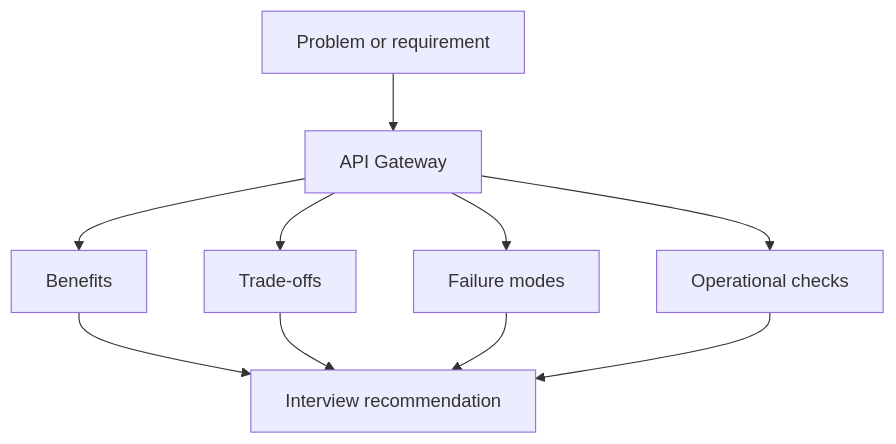
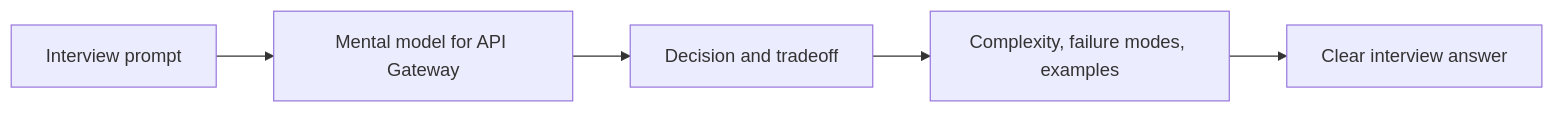
One commit to abstractinterviews/abstractinterviews.github.io changed the second of 2 diagrams in components/api-and-communication/api-gateway/index.md. Above: the diagram before and after it, drawn with Mermaid. The commit also changed other lines of this file and 278 other files, not shown here.

````diff
--- a/components/api-and-communication/api-gateway/index.md
+++ b/components/api-and-communication/api-gateway/index.md
@@ -108,12 +129,7 @@
-~~~mermaid
-flowchart TD
-    Problem["Problem or requirement"] --> Concept["API Gateway"]
-    Concept --> Benefits["Benefits"]
-    Concept --> Tradeoffs["Trade-offs"]
-    Concept --> FailureModes["Failure modes"]
-    Concept --> Operations["Operational checks"]
-    Benefits --> Decision["Interview recommendation"]
-    Tradeoffs --> Decision
-    FailureModes --> Decision
-    Operations --> Decision
-~~~
+```mermaid
+flowchart LR
+    Problem["Interview prompt"] --> Model["Mental model for API Gateway"]
+    Model --> Choice["Decision and tradeoff"]
+    Choice --> Evidence["Complexity, failure modes, examples"]
+    Evidence --> Answer["Clear interview answer"]
+```
````
